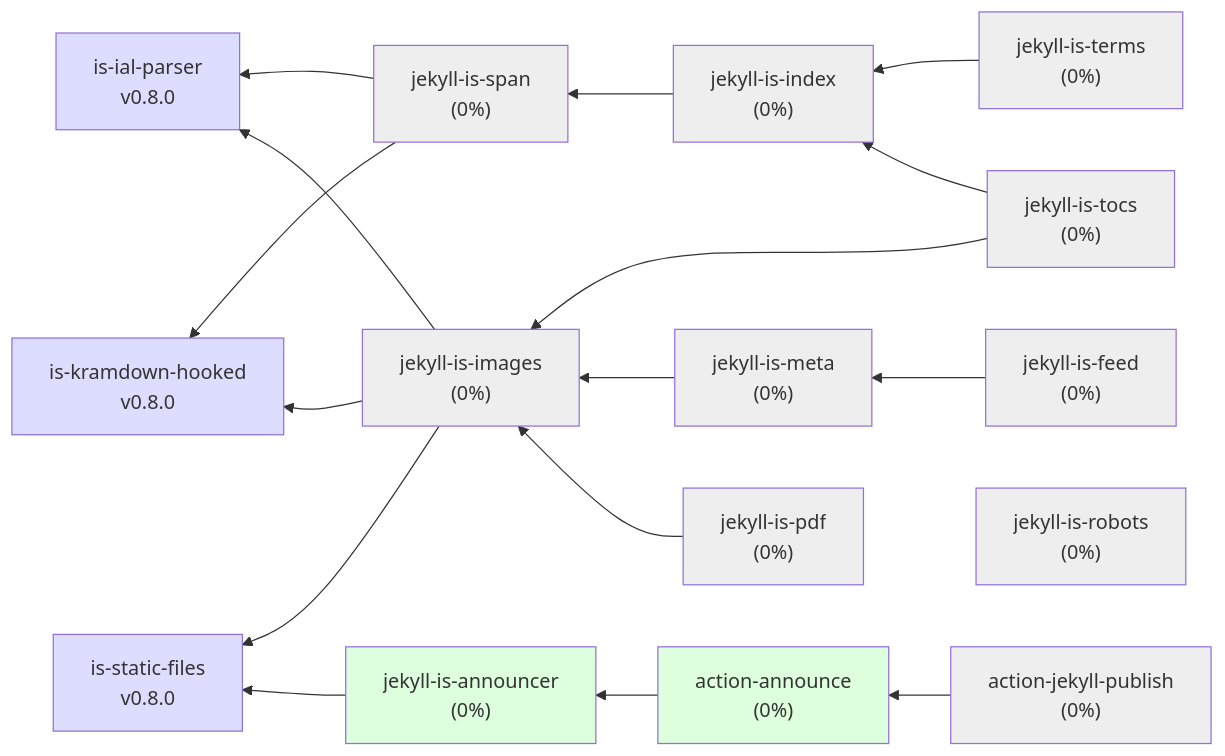
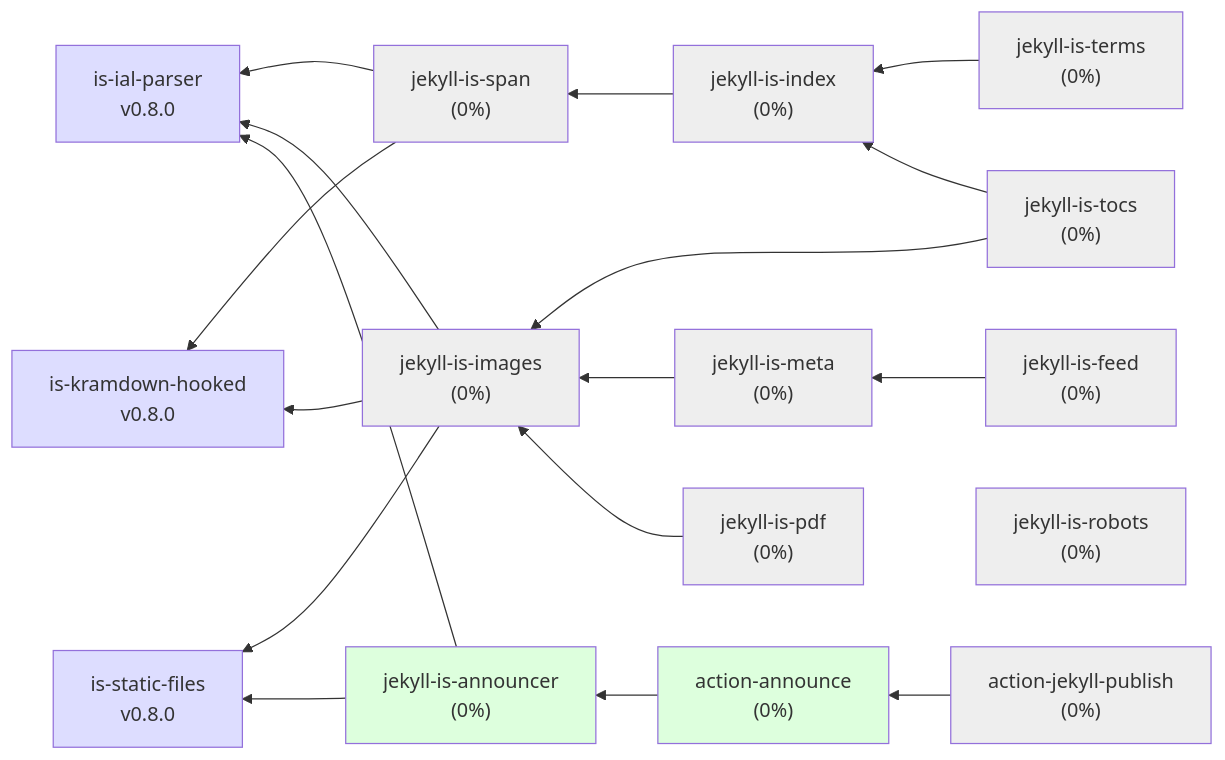
Before and after one commit to jekyll-is/.github: the diagram in profile/README.md, drawn with Mermaid.

````diff
--- a/profile/README.md
+++ b/profile/README.md
@@ -7,58 +7,59 @@
 ```mermaid
 graph RL
   ial["is-ial-parser<br>v0.8.0"]
   kramdown["is-kramdown-hooked<br>v0.8.0"]
   statics["is-static-files<br>v0.8.0"]
   span["jekyll-is-span<br>(0%)"] --> ial
   span --> kramdown
   index["jekyll-is-index<br>(0%)"] --> span
   abbr["jekyll-is-terms<br>(0%)"] --> index
   images["jekyll-is-images<br>(0%)"] --> ial
   images --> kramdown
   images --> statics
   tocs["jekyll-is-tocs<br>(0%)"] --> images
   tocs --> index
   meta["jekyll-is-meta<br>(0%)"] --> images
   feed["jekyll-is-feed<br>(0%)"] --> meta
   robots["jekyll-is-robots<br>(0%)"]
   announcer["jekyll-is-announcer<br>(0%)"] --> statics
+  announcer --> ial
   act-announce["action-announce<br>(0%)"] --> announcer
   publish["action-jekyll-publish<br>(0%)"] --> act-announce
   pdf["jekyll-is-pdf<br>(0%)"] --> images
 
 click ial "https://github.com/jekyll-is/is-ial-parser"
 click kramdown "https://github.com/jekyll-is/is-kramdown-hooked"
 click announcer "https://github.com/jekyll-is/jekyll-is-announcer"
 click act-announce "https://github.com/jekyll-is/action-announce"
 click publish "https://github.com/jekyll-is/action-jekyll-publish"
 click images "https://github.com/jekyll-is/jekyll-is-images"
 click robots "https://github.com/jekyll-is/jekyll-is-robots"
 click meta "https://github.com/jekyll-is/jekyll-is-meta"
 click pdf "https://github.com/jekyll-is/jekyll-is-pdf"
 click tocs "https://github.com/jekyll-is/jekyll-is-tocs"
 click feed "https://github.com/jekyll-is/jekyll-is-feed"
 click index "https://github.com/jekyll-is/jekyll-is-index"
 click span "https://github.com/jekyll-is/jekyll-is-span"
 click abbr "https://github.com/jekyll-is/jekyll-is-terms"
 click statics "https://github.com/jekyll-is/is-static-files"
 
 classDef green fill:#DFD
 classDef gray fill:#EEE
 classDef blue fill:#DDF
 
 class ial blue
 class kramdown blue
 class images gray
 class announcer green
 class act-announce green
 class publish gray
 class pdf gray
 class span gray
 class index gray
 class feed gray
 class meta gray
 class robots gray
 class tocs gray
 class abbr gray
 class statics blue
 ```
````
